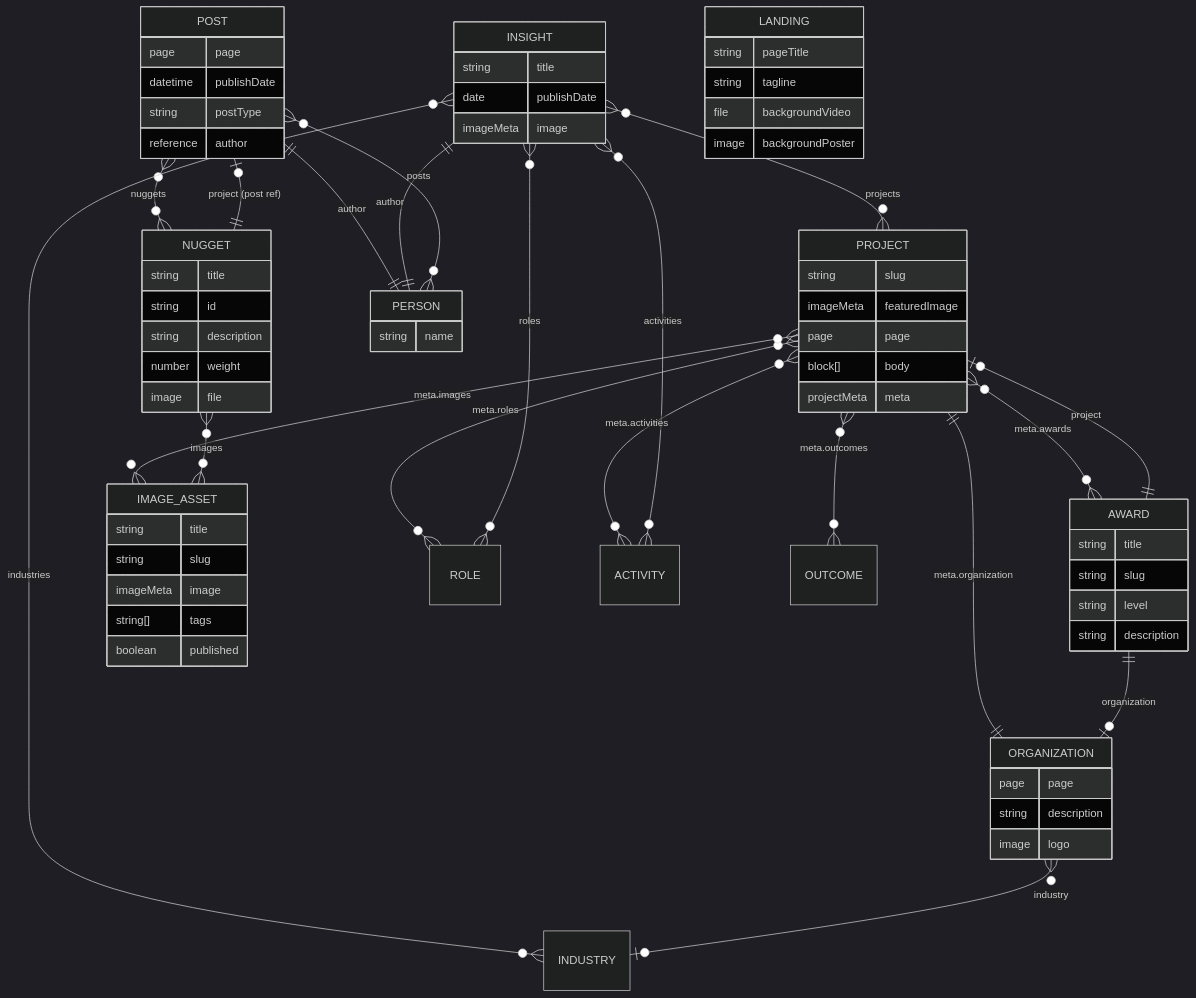
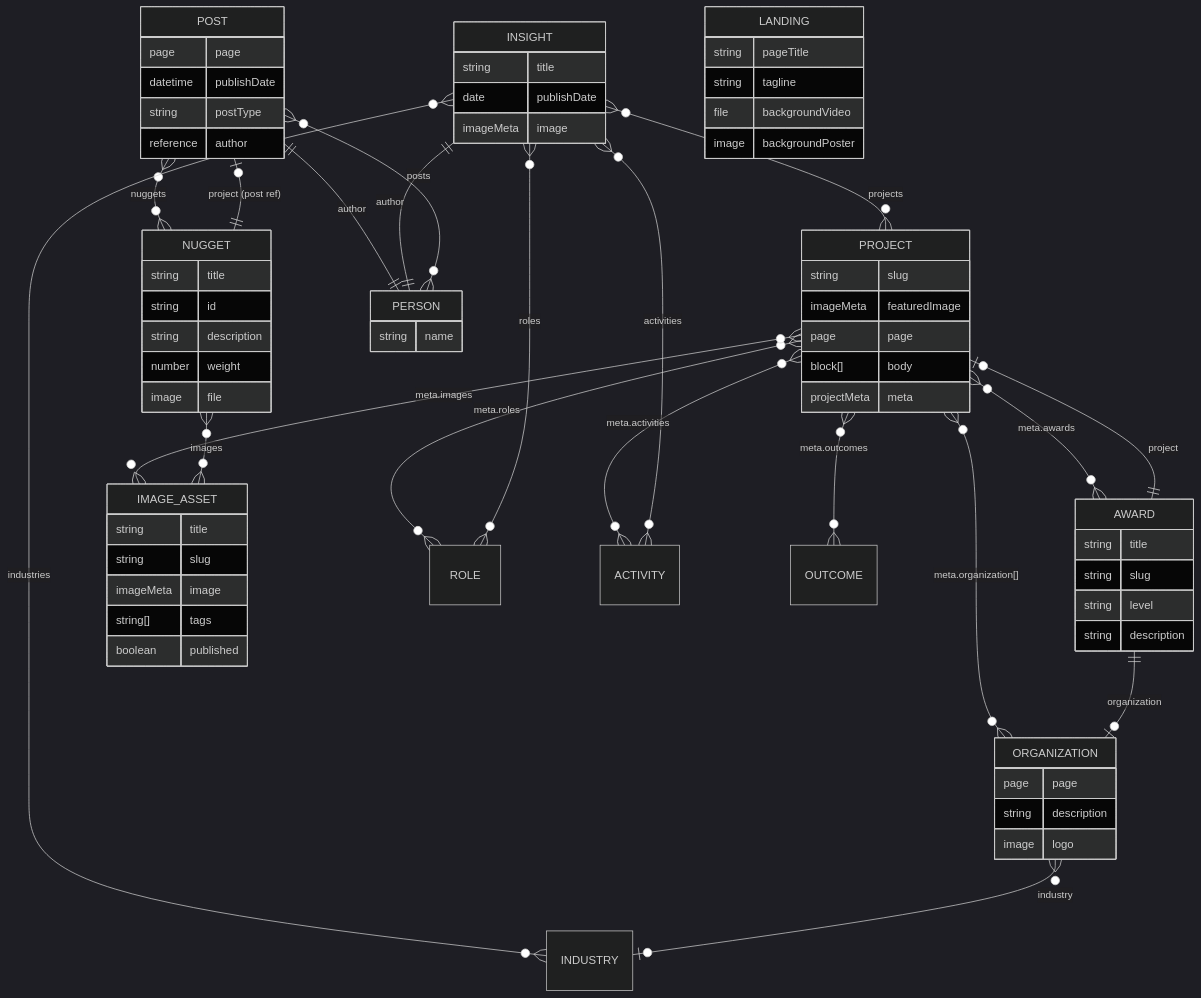
The first of 3 diagrams in ia/docs/content strategy/schemas.md (datainkio/portfolio-frontend), drawn with Mermaid (dark theme) before and after one commit. The commit also changed 5 other files, not shown here.

Commit message:
refactor: update project organization handling and improve card rendering

````diff
--- a/ia/docs/content strategy/schemas.md
+++ b/ia/docs/content strategy/schemas.md
@@ -31,75 +31,75 @@
 ```mermaid
 erDiagram
     PROJECT {
         string slug
         imageMeta featuredImage
         page page
         block[] body
         projectMeta meta
     }
     POST {
         page page
         datetime publishDate
         string postType
         reference author
     }
     AWARD {
         string title
         string slug
         string level
         string description
     }
     NUGGET {
         string title
         string id
         string description
         number weight
         image file
     }
     INSIGHT {
         string title
         date publishDate
         imageMeta image
     }
     ORGANIZATION {
         page page
         string description
         image logo
     }
     IMAGE_ASSET {
         string title
         string slug
         imageMeta image
         string[] tags
         boolean published
     }
     PERSON {
         string name
     }
     LANDING {
         string pageTitle
         string tagline
         file backgroundVideo
         image backgroundPoster
     }
 
-    PROJECT ||--|| ORGANIZATION : "meta.organization"
+    PROJECT }o--o{ ORGANIZATION : "meta.organization[]"
     PROJECT }o--o{ ROLE : "meta.roles"
     PROJECT }o--o{ ACTIVITY : "meta.activities"
     PROJECT }o--o{ OUTCOME : "meta.outcomes"
     PROJECT }o--o{ AWARD : "meta.awards"
     PROJECT }o--o{ IMAGE_ASSET : "meta.images"
     AWARD ||--o| ORGANIZATION : "organization"
     AWARD ||--o| PROJECT : "project"
     POST ||--|| PERSON : "author"
     POST }o--o{ NUGGET : "nuggets"
     INSIGHT ||--|| PERSON : "author"
     INSIGHT }o--o{ PROJECT : "projects"
     INSIGHT }o--o{ ACTIVITY : "activities"
     INSIGHT }o--o{ ROLE : "roles"
     INSIGHT }o--o{ INDUSTRY : "industries"
     NUGGET ||--o| POST : "project (post ref)"
     NUGGET }o--o{ IMAGE_ASSET : "images"
     PERSON }o--o{ POST : "posts"
     ORGANIZATION }o--o| INDUSTRY : "industry"
 ```
````
